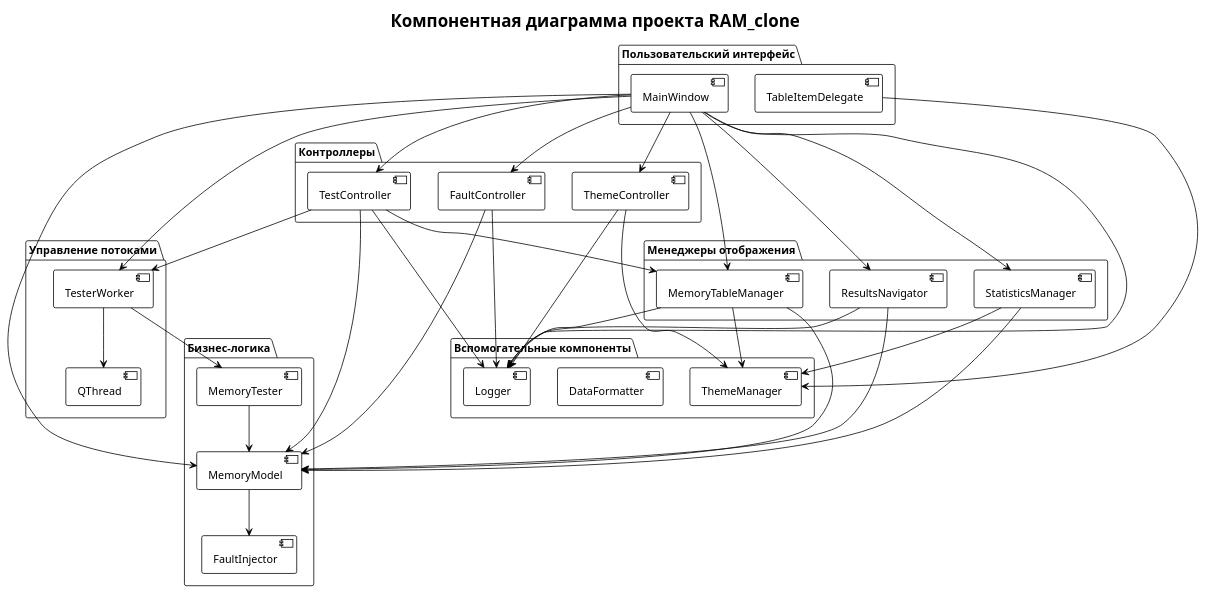
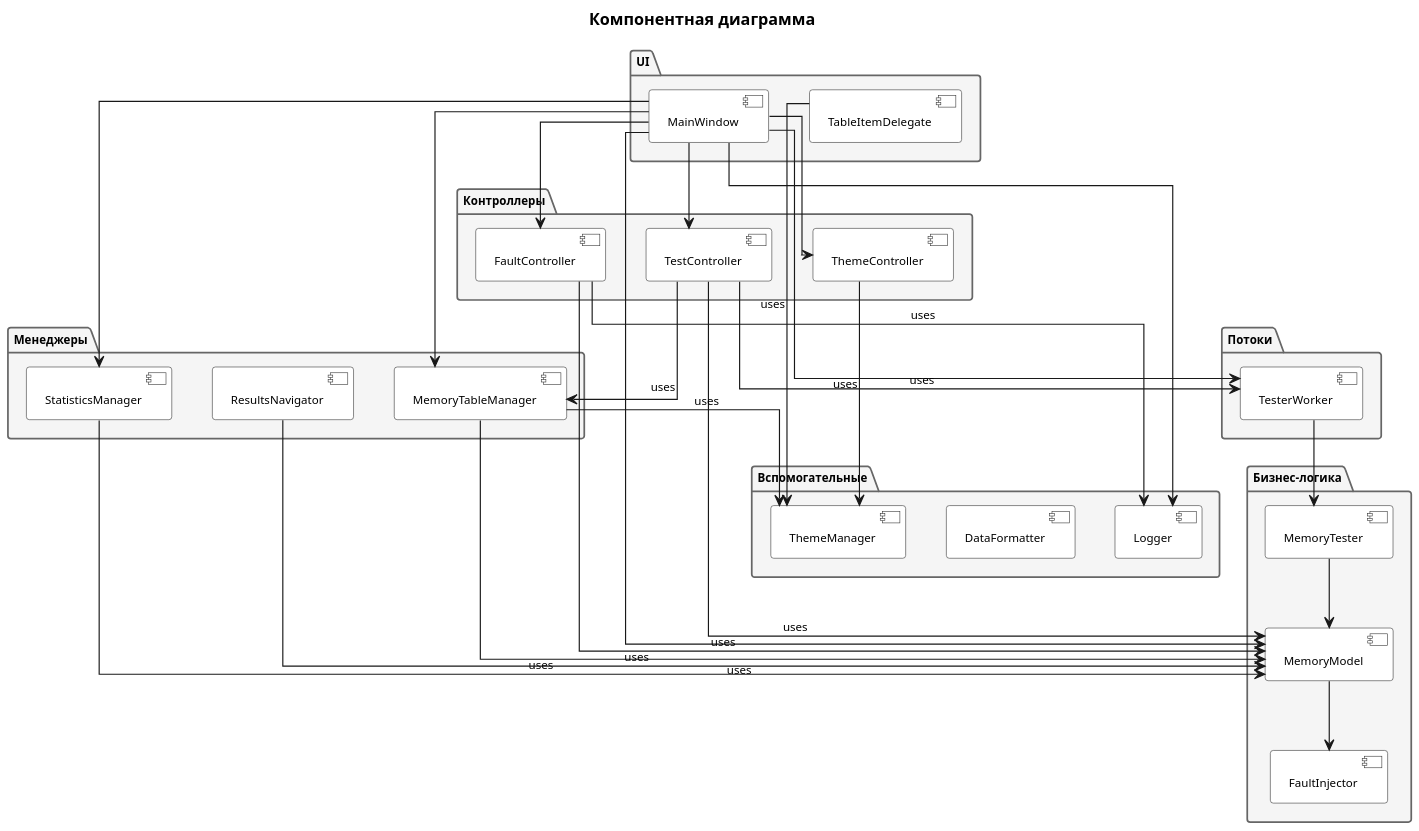
The diagram in docs/component_diagram.puml (Jalet-fry/RAM_clone), drawn with PlantUML before and after one commit. The commit also changed 35 other files, not shown here.

Commit message:
docs and diagrams

```diff
--- a/docs/component_diagram.puml
+++ b/docs/component_diagram.puml
@@ -1,74 +1,82 @@
 @startuml component_diagram
-!theme plain
+scale 1.5
+skinparam {
+    shadowing false
+    linetype ortho
+    defaultFontSize 10
+    padding 1
+}
 
-title Компонентная диаграмма проекта RAM_clone
+skinparam package {
+    BackgroundColor #F5F5F5
+    BorderColor #666
+}
 
-package "Пользовательский интерфейс" {
-    component [MainWindow] as UI
-    component [TableItemDelegate] as Delegate
+skinparam component {
+    BackgroundColor #FFF
+    BorderColor #333
+}
+
+title Компонентная диаграмма
+
+package "UI" {
+    component MainWindow
+    component TableItemDelegate
 }
 
 package "Бизнес-логика" {
-    component [MemoryModel] as Model
-    component [FaultInjector] as Injector
-    component [MemoryTester] as Tester
+    component MemoryModel
+    component FaultInjector
+    component MemoryTester
 }
 
-package "Управление потоками" {
-    component [TesterWorker] as Worker
-    component [QThread] as Thread
+package "Потоки" {
+    component TesterWorker
 }
 
 package "Контроллеры" {
-    component [FaultController] as FaultCtrl
-    component [TestController] as TestCtrl
-    component [ThemeController] as ThemeCtrl
+    component FaultController
+    component TestController
+    component ThemeController
 }
 
-package "Менеджеры отображения" {
-    component [MemoryTableManager] as TableMgr
-    component [StatisticsManager] as StatsMgr
-    component [ResultsNavigator] as Nav
+package "Менеджеры" {
+    component MemoryTableManager
+    component StatisticsManager
+    component ResultsNavigator
 }
 
-package "Вспомогательные компоненты" {
-    component [Logger] as Log
-    component [DataFormatter] as Formatter
-    component [ThemeManager] as ThemeMgr
+package "Вспомогательные" {
+    component Logger
+    component DataFormatter
+    component ThemeManager
 }
 
-UI --> Model
-UI --> Worker
-UI --> FaultCtrl
-UI --> TestCtrl
-UI --> ThemeCtrl
-UI --> TableMgr
-UI --> StatsMgr
-UI --> Nav
-UI --> Log
+MainWindow --> MemoryModel
+MainWindow --> TesterWorker
+MainWindow --> FaultController
+MainWindow --> TestController
+MainWindow --> ThemeController
+MainWindow --> MemoryTableManager
+MainWindow --> StatisticsManager
+MainWindow --> Logger
 
-Model --> Injector
-Worker --> Thread
-Worker --> Tester
-Tester --> Model
+MemoryModel --> FaultInjector
+TesterWorker --> MemoryTester
+MemoryTester --> MemoryModel
 
-FaultCtrl --> Model
-FaultCtrl --> Log
-TestCtrl --> Worker
-TestCtrl --> Model
-TestCtrl --> TableMgr
-TestCtrl --> Log
+FaultController --> MemoryModel : uses
+FaultController --> Logger : uses
+TestController --> TesterWorker : uses
+TestController --> MemoryModel : uses
+TestController --> MemoryTableManager : uses
 
-TableMgr --> Model
-TableMgr --> Log
-StatsMgr --> Model
-Nav --> Model
-Nav --> Log
+MemoryTableManager --> MemoryModel : uses
+StatisticsManager --> MemoryModel : uses
+ResultsNavigator --> MemoryModel : uses
 
-ThemeCtrl --> ThemeMgr
-ThemeCtrl --> Log
-TableMgr --> ThemeMgr
-StatsMgr --> ThemeMgr
-Delegate --> ThemeMgr
+ThemeController --> ThemeManager : uses
+MemoryTableManager --> ThemeManager : uses
+TableItemDelegate --> ThemeManager : uses
 
 @enduml
```
